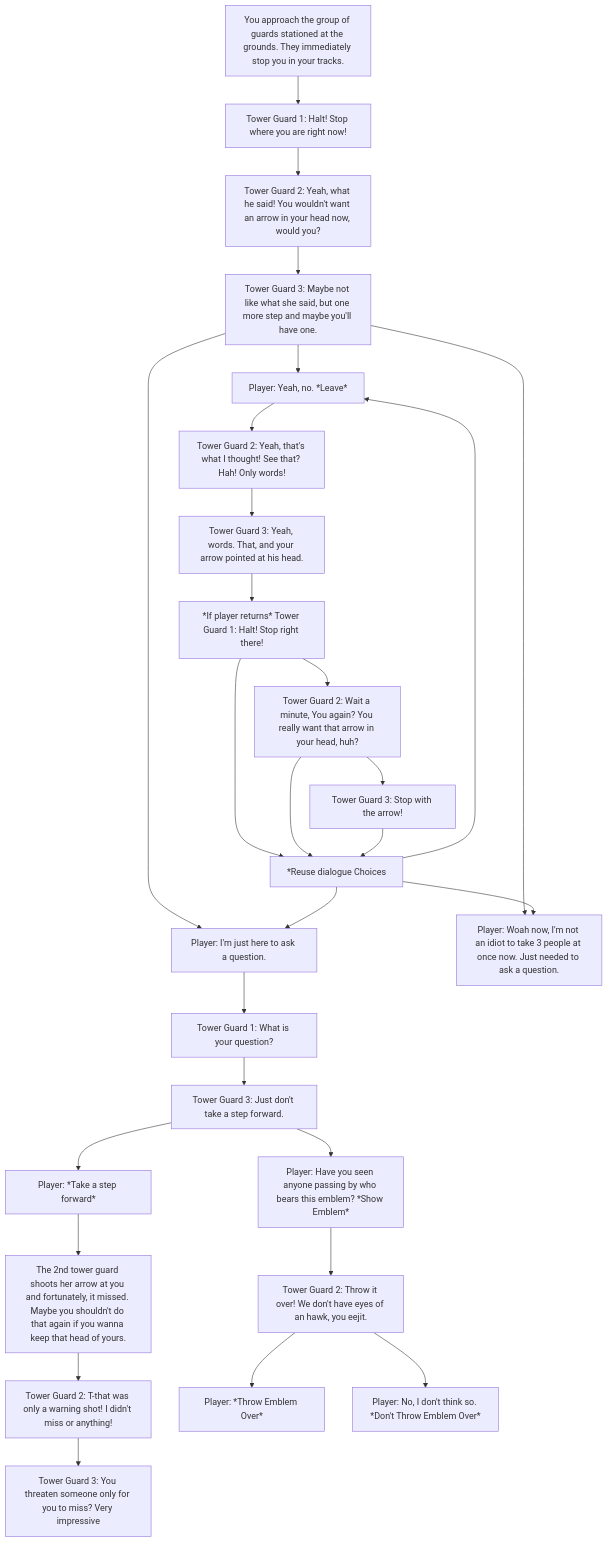
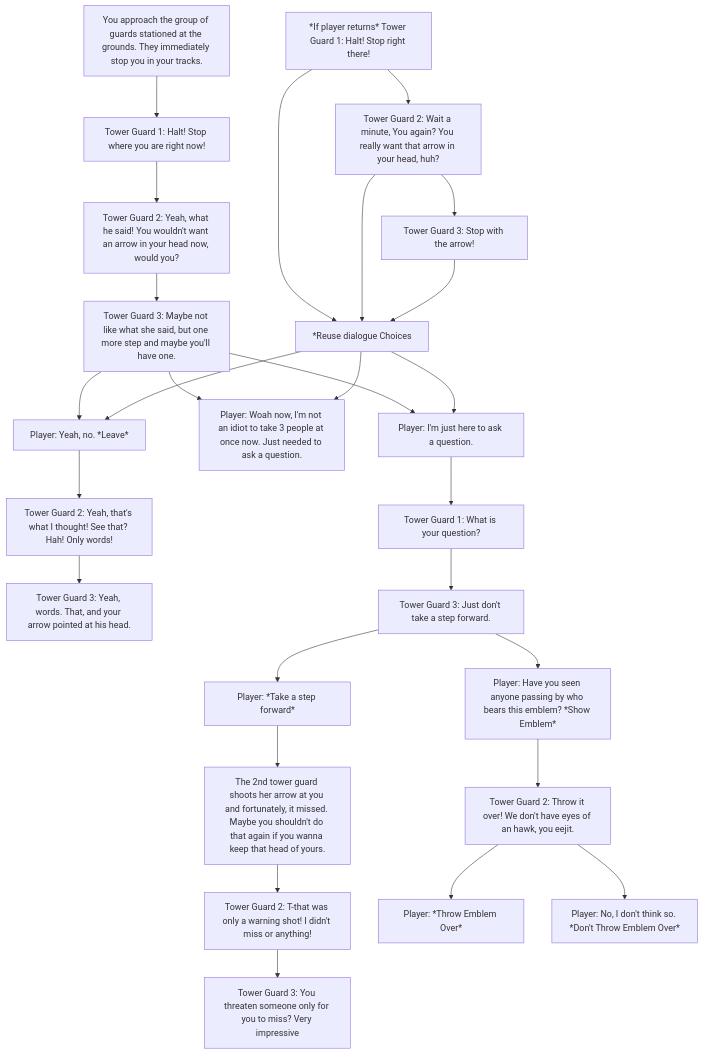
One commit to padillaryl/cc3-rpg-DialogueTree changed the diagram in Q3-TowerGuards.md. Above: the diagram before and after it, drawn with Mermaid.

````diff
--- a/Q3-TowerGuards.md
+++ b/Q3-TowerGuards.md
@@ -1,36 +1,36 @@
 ```mermaid
 flowchart TD
 
   A[You approach the group of guards stationed at the grounds. They immediately stop you in your tracks.]
   A --> B[Tower Guard 1: Halt! Stop where you are right now!]
   B --> C[Tower Guard 2: Yeah, what he said! You wouldn't want an arrow in your head now, would you?]
   C --> D[Tower Guard 3: Maybe not like what she said, but one more step and maybe you'll have one.]
 
   D --> E[Player: I'm just here to ask a question.]
   D --> F[Player: Woah now, I'm not an idiot to take 3 people at once now. Just needed to ask a question.]
   D --> G[Player: Yeah, no. *Leave*]
 
   G --> H[Tower Guard 2: Yeah, that's what I thought! See that? Hah! Only words!]
   H --> I[Tower Guard 3: Yeah, words. That, and your arrow pointed at his head.]
 
-  I --> J[*If player returns* Tower Guard 1: Halt! Stop right there!]
+  J[*If player returns* Tower Guard 1: Halt! Stop right there!]
   J --> K[Tower Guard 2: Wait a minute, You again? You really want that arrow in your head, huh?]
   K --> L[Tower Guard 3: Stop with the arrow!]
 
   J & K & L --> M[*Reuse dialogue Choices]
   M --> E & F & G
 
   E --> N[Tower Guard 1: What is your question?]
   N --> O[Tower Guard 3: Just don't take a step forward.]
 
   O --> P[Player: Have you seen anyone passing by who bears this emblem? *Show Emblem*]
   O --> Q[Player: *Take a step forward*]
 
   Q --> R[The 2nd tower guard shoots her arrow at you and fortunately, it missed. Maybe you shouldn't do that again if you wanna keep that head of yours.]
   R --> S[Tower Guard 2: T-that was only a warning shot! I didn't miss or anything!]
   S --> T[Tower Guard 3: You threaten someone only for you to miss? Very impressive]
 
   P --> U[Tower Guard 2: Throw it over! We don't have eyes of an hawk, you eejit.]
   U --> V[Player: *Throw Emblem Over*]
   U --> W[Player: No, I don't think so. *Don't Throw Emblem Over*]
 ```
````
